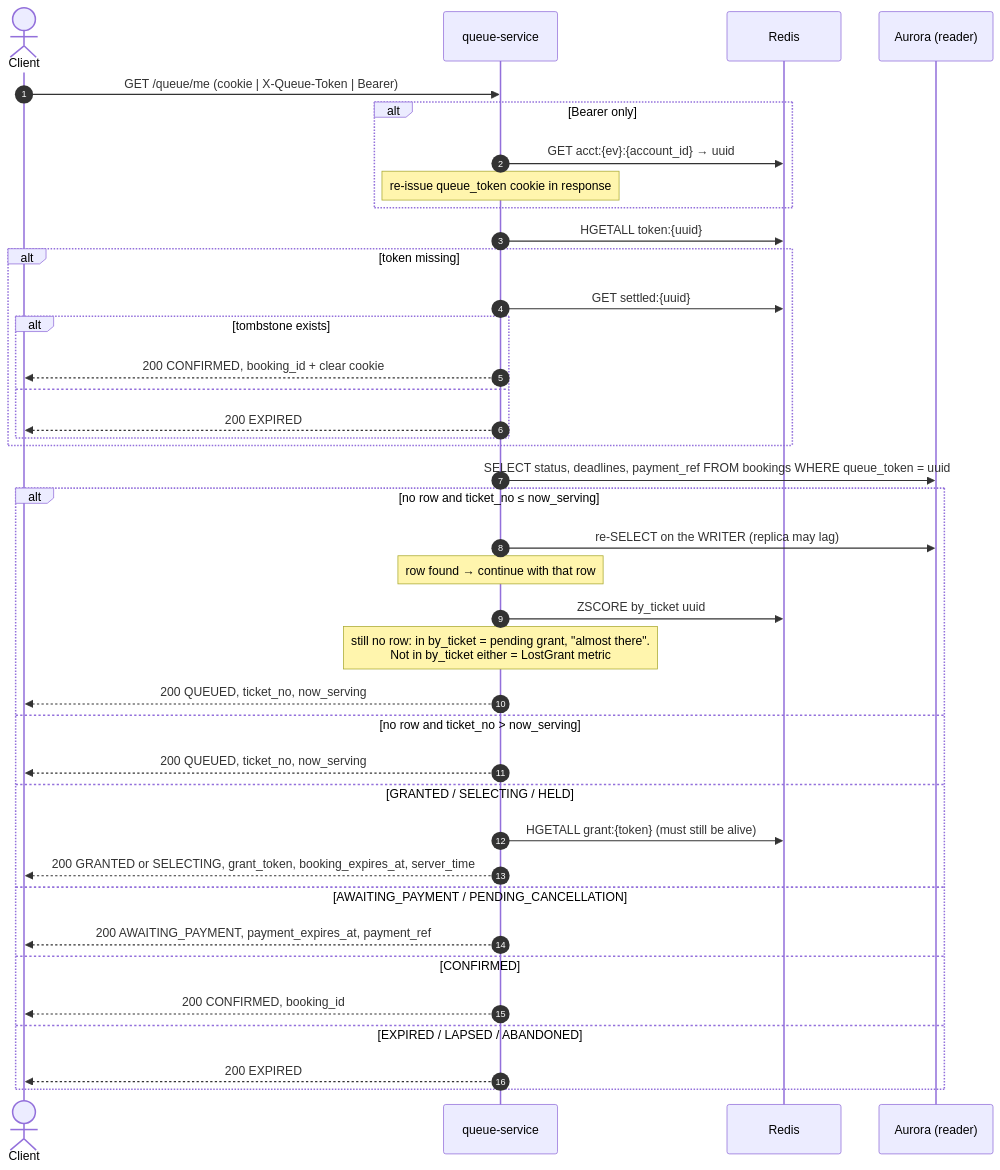
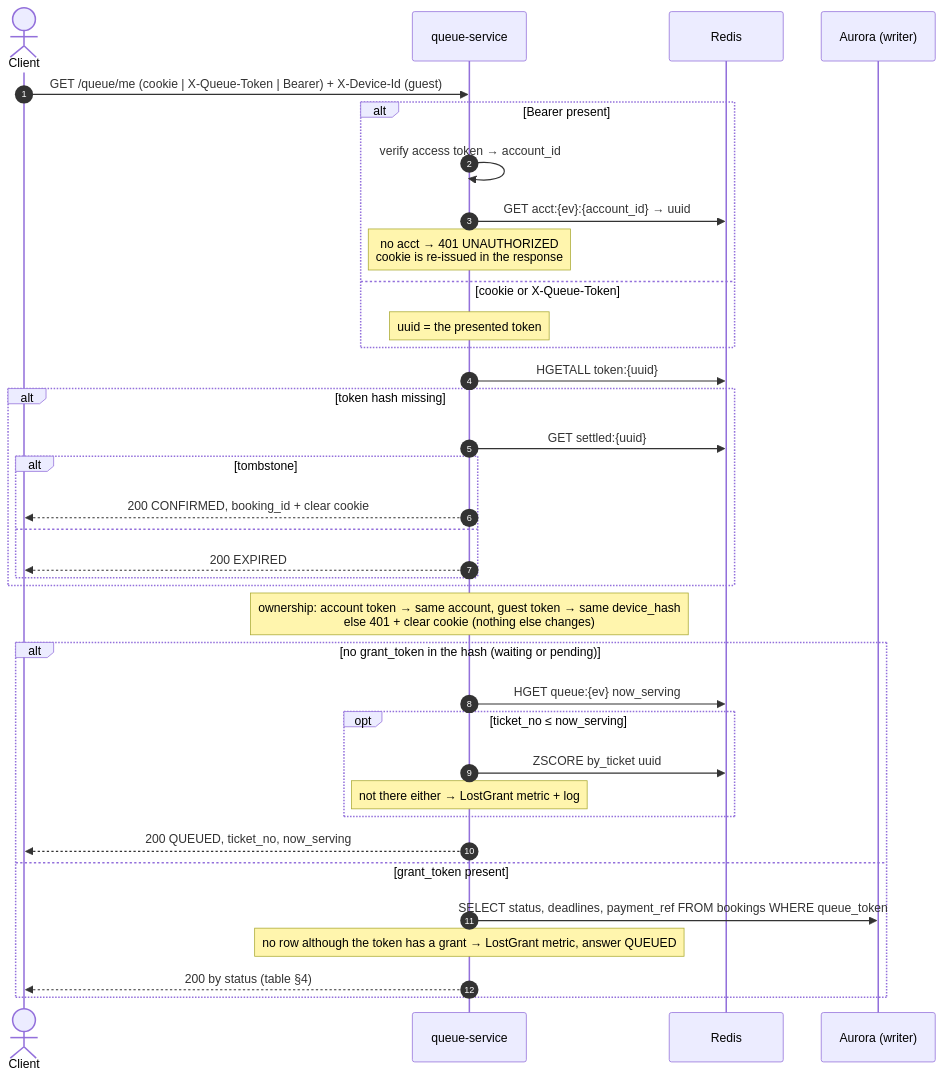
The diagram in docs/04-queue/03-get-queue-state.md (PTServerJanganTumbang-BookingTicket/be-rusuh-war-ticketing), drawn with Mermaid before and after one commit. The commit also changed other lines of this file and 17 other files, not shown here.

First line of the commit message:
feat(queue): GET /events/{event_id}/queue/me

````diff
--- a/docs/04-queue/03-get-queue-state.md
+++ b/docs/04-queue/03-get-queue-state.md
@@ -21,44 +33,41 @@
 ```mermaid
 sequenceDiagram
     autonumber
     actor C as Client
     participant Q as queue-service
     participant R as Redis
-    participant DB as Aurora (reader)
+    participant DB as Aurora (writer)
 
-    C->>Q: GET /queue/me (cookie | X-Queue-Token | Bearer)
-    alt Bearer only
+    C->>Q: GET /queue/me (cookie | X-Queue-Token | Bearer) + X-Device-Id (guest)
+    alt Bearer present
+        Q->>Q: verify access token → account_id
         Q->>R: GET acct:{ev}:{account_id} → uuid
-        Note over Q: re-issue queue_token cookie in response
+        Note over Q: no acct → 401 UNAUTHORIZED<br/>cookie is re-issued in the response
+    else cookie or X-Queue-Token
+        Note over Q: uuid = the presented token
     end
 
     Q->>R: HGETALL token:{uuid}
-    alt token missing
+    alt token hash missing
         Q->>R: GET settled:{uuid}
-        alt tombstone exists
+        alt tombstone
             Q-->>C: 200 CONFIRMED, booking_id + clear cookie
         else
             Q-->>C: 200 EXPIRED
         end
     end
+    Note over Q: ownership: account token → same account, guest token → same device_hash<br/>else 401 + clear cookie (nothing else changes)
 
-    Q->>DB: SELECT status, deadlines, payment_ref FROM bookings WHERE queue_token = uuid
-    alt no row and ticket_no ≤ now_serving
-        Q->>DB: re-SELECT on the WRITER (replica may lag)
-        Note over Q: row found → continue with that row
-        Q->>R: ZSCORE by_ticket uuid
-        Note over Q: still no row: in by_ticket = pending grant, "almost there".<br/>Not in by_ticket either = LostGrant metric
+    alt no grant_token in the hash (waiting or pending)
+        Q->>R: HGET queue:{ev} now_serving
+        opt ticket_no ≤ now_serving
+            Q->>R: ZSCORE by_ticket uuid
+            Note over Q: not there either → LostGrant metric + log
+        end
         Q-->>C: 200 QUEUED, ticket_no, now_serving
-    else no row and ticket_no > now_serving
-        Q-->>C: 200 QUEUED, ticket_no, now_serving
-    else GRANTED / SELECTING / HELD
-        Q->>R: HGETALL grant:{token} (must still be alive)
-        Q-->>C: 200 GRANTED or SELECTING, grant_token, booking_expires_at, server_time
-    else AWAITING_PAYMENT / PENDING_CANCELLATION
-        Q-->>C: 200 AWAITING_PAYMENT, payment_expires_at, payment_ref
-    else CONFIRMED
-        Q-->>C: 200 CONFIRMED, booking_id
-    else EXPIRED / LAPSED / ABANDONED
-        Q-->>C: 200 EXPIRED
+    else grant_token present
+        Q->>DB: SELECT status, deadlines, payment_ref FROM bookings WHERE queue_token
+        Note over Q: no row although the token has a grant → LostGrant metric, answer QUEUED
+        Q-->>C: 200 by status (table §4)
     end
 ```
````
